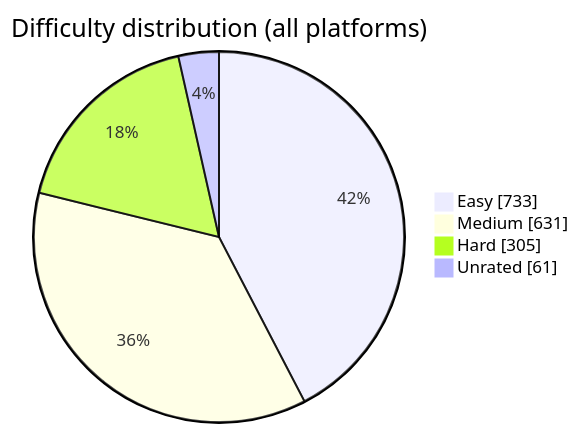
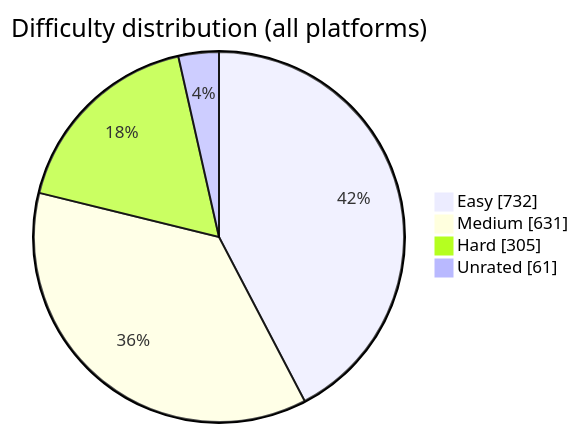
Before and after one commit to BuildbyArindam/Daily-Coding-Log: the diagram in README.md, drawn with Mermaid. The commit also changed other lines of this file, not shown here.

````diff
--- a/README.md
+++ b/README.md
@@ -93,7 +93,7 @@
 ```mermaid
 pie showData title Difficulty distribution (all platforms)
-    "Easy" : 733
+    "Easy" : 732
     "Medium" : 631
     "Hard" : 305
     "Unrated" : 61
 ```
````
